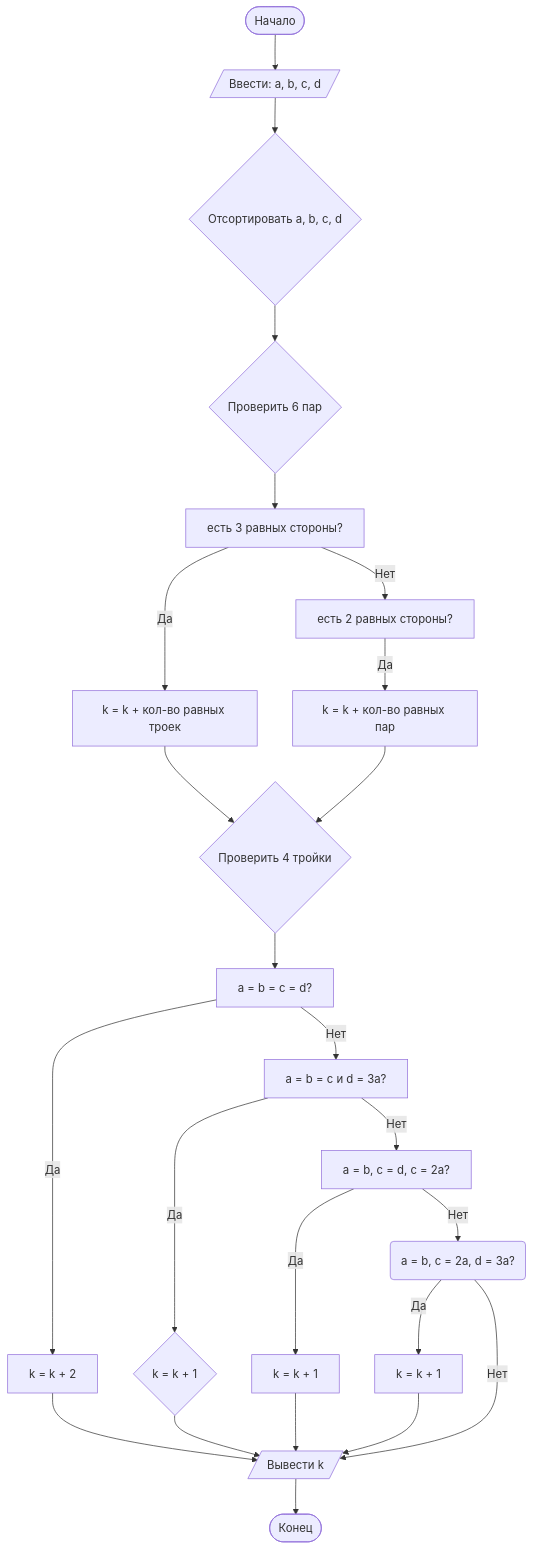
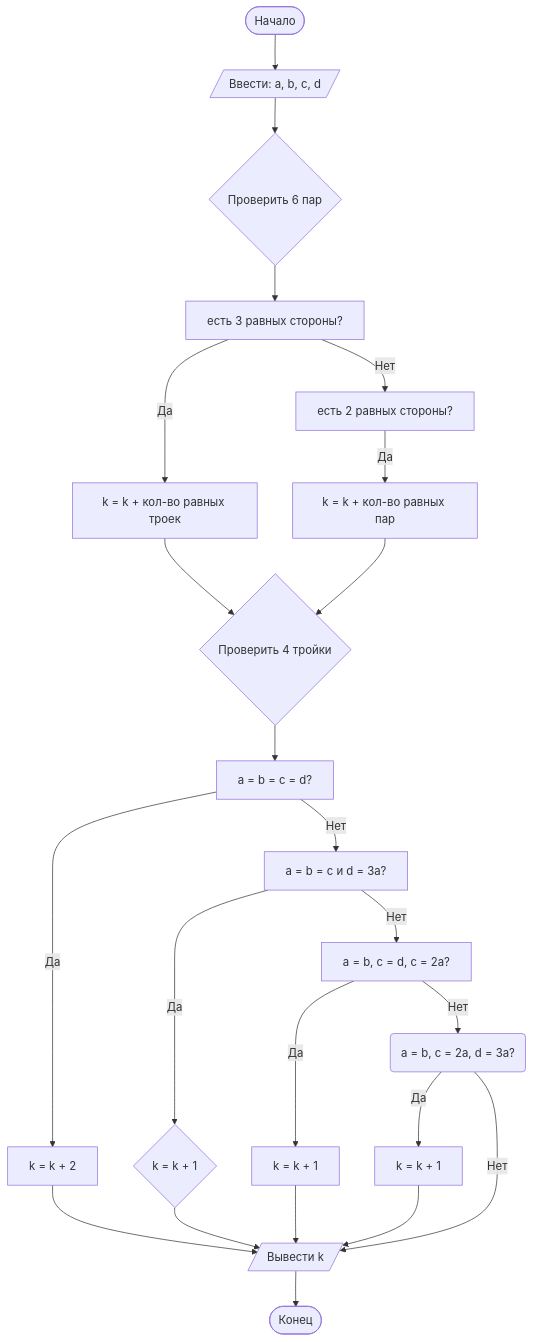
Before and after one commit to andreyka239/Lab1: the diagram in Lab1/README.md, drawn with Mermaid. The commit also changed other lines of this file, not shown here.

````diff
--- a/Lab1/README.md
+++ b/Lab1/README.md
@@ -138,26 +137,25 @@
 ```mermaid
 graph TD
         A([Начало]) --> B[/Ввести: a, b, c, d/]
-        B --> C{Отсортировать a, b, c, d}
-        C --> D{Проверить 6 пар}
+        B --> D{Проверить 6 пар}
         D --> Y[есть 3 равных стороны?]
         Y -- Да --> P[k = k + кол-во равных троек]
         Y -- Нет --> Q[есть 2 равных стороны?]
         Q -- Да --> V[k = k + кол-во равных пар]
         P --> E{Проверить 4 тройки}
         E --> F[a = b = c = d?]
         F -- Да --> G[k = k + 2]
         F -- Нет --> H[a = b = c и d = 3a?]
         H -- Да --> I{k = k + 1}
         H -- Нет --> J[a = b, c = d, c = 2a?]
         J -- Да --> K[k = k + 1]
         J -- Нет --> L(a = b, c = 2a, d = 3a?)
         L -- Да --> M[k = k + 1]
         L -- Нет --> N[/Вывести k/]
         V --> E
         G --> N
         I --> N
         K --> N
         M --> N
         N --> O([Конец])
 ```
````
